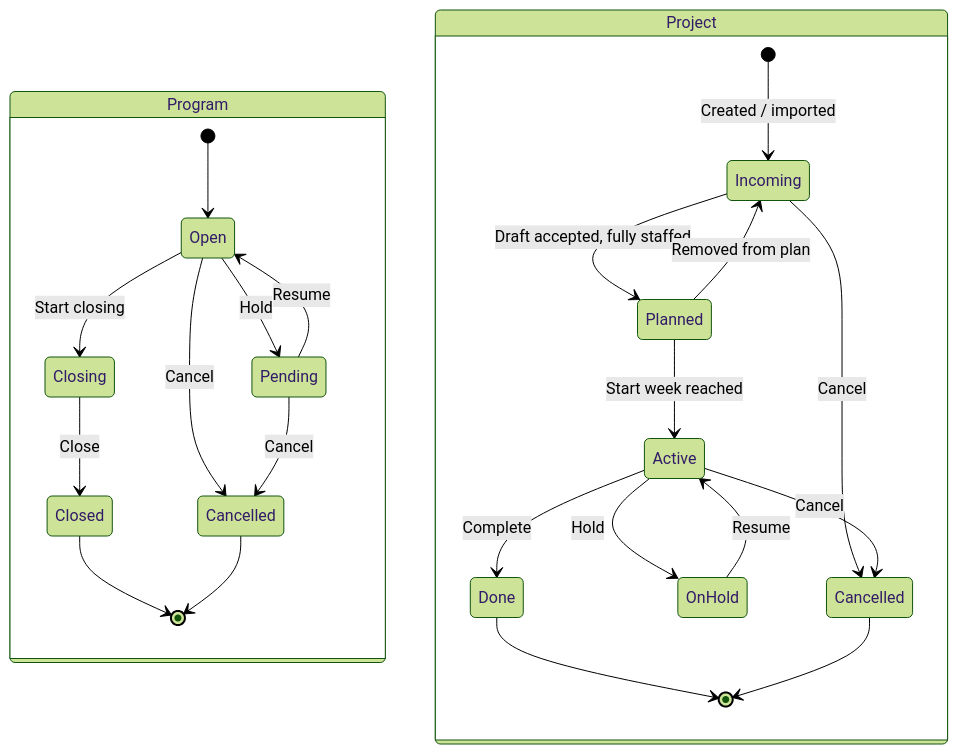
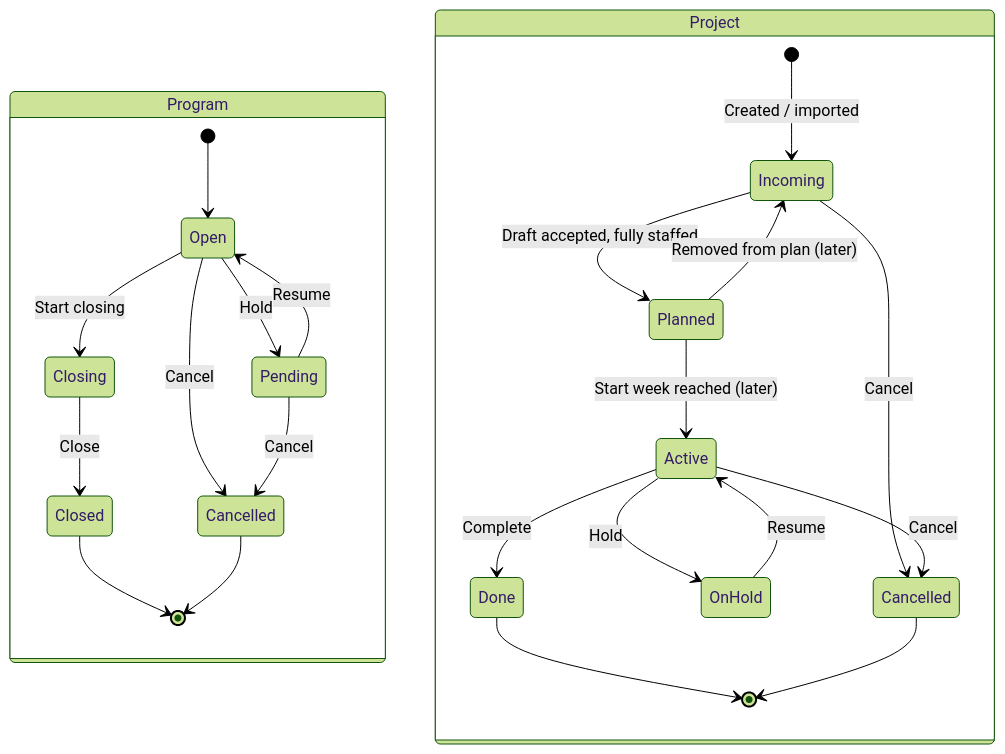
Before and after one commit to dophnamm/the-slot-finder: diagram 12 of 14 in README.md, drawn with Mermaid (forest theme). The commit also changed other lines of this file and 21 other files, not shown here.

First line of the commit message:
docs: match the READMEs, specs and diagrams to the code

````diff
--- a/README.md
+++ b/README.md
@@ -657,28 +663,28 @@
 ```mermaid
 stateDiagram-v2
   state "Program" as program {
     [*] --> Open
     Open --> Pending: Hold
     Pending --> Open: Resume
     Open --> Closing: Start closing
     Closing --> Closed: Close
     Open --> Cancelled: Cancel
     Pending --> Cancelled: Cancel
     Closed --> [*]
     Cancelled --> [*]
   }
   state "Project" as project {
     state "Cancelled" as ProjCancelled
     [*] --> Incoming: Created / imported
     Incoming --> Planned: Draft accepted, fully staffed
     Incoming --> ProjCancelled: Cancel
-    Planned --> Active: Start week reached
-    Planned --> Incoming: Removed from plan
+    Planned --> Active: Start week reached (later)
+    Planned --> Incoming: Removed from plan (later)
     Active --> OnHold: Hold
     OnHold --> Active: Resume
     Active --> Done: Complete
     Active --> ProjCancelled: Cancel
     Done --> [*]
     ProjCancelled --> [*]
   }
 ```
````
